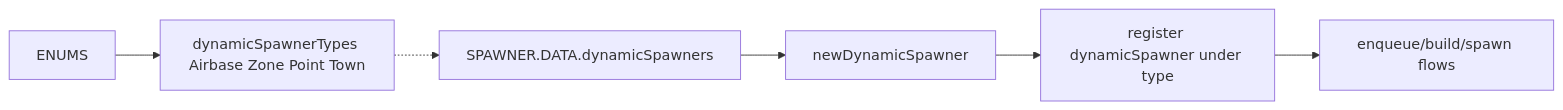
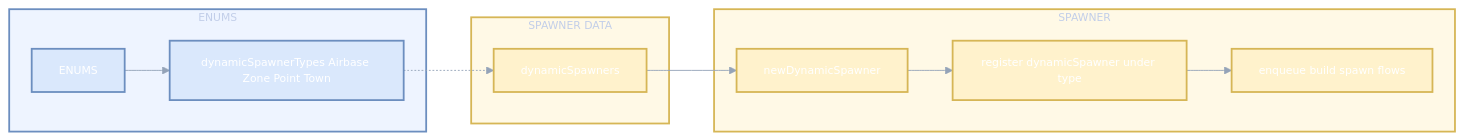
Before and after one commit to Gh0st352/AETHR: the third of 3 diagrams in docs/enums/spawn_types.md, drawn with Mermaid. The commit also changed other lines of this file and 7 other files, not shown here.

First line of the commit message:
docs(enums): add structured mermaid styling and subgraphs

````diff
--- a/docs/enums/spawn_types.md
+++ b/docs/enums/spawn_types.md
@@ -70,8 +116,42 @@
 ```mermaid
+%%{init: {"theme":"base", "themeVariables":{"primaryColor":"#0f172a","primaryTextColor":"#ffffff","lineColor":"#94a3b8","fontSize":"12px"}}}%%
 flowchart LR
-  EN[ENUMS] --> DST[dynamicSpawnerTypes Airbase Zone Point Town]
-  DST -.-> SPDATA[SPAWNER.DATA.dynamicSpawners]
-  SPDATA --> NEW[newDynamicSpawner]
-  NEW --> REG[register dynamicSpawner under type]
-  REG --> RUN[enqueue/build/spawn flows]
+
+%% Classes
+classDef enums fill:#dae8fc,stroke:#6c8ebf,stroke-width:2px;
+classDef sp fill:#fff2cc,stroke:#d6b656,stroke-width:2px;
+
+%% ENUMS
+subgraph sgEnums [ENUMS]
+  EN[ENUMS]
+  DST[dynamicSpawnerTypes Airbase Zone Point Town]
+end
+
+%% SPAWNER DATA
+subgraph sgSPData [SPAWNER DATA]
+  SPDATA[dynamicSpawners]
+end
+
+%% SPAWNER
+subgraph sgSP [SPAWNER]
+  NEW[newDynamicSpawner]
+  REG[register dynamicSpawner under type]
+  RUN[enqueue build spawn flows]
+end
+
+%% Edges
+EN --> DST
+DST -.-> SPDATA
+SPDATA --> NEW
+NEW --> REG
+REG --> RUN
+
+%% Classes
+class EN,DST enums
+class SPDATA,NEW,REG,RUN sp
+
+%% Styles
+style sgEnums fill:#eef4ff,stroke:#6c8ebf,stroke-width:2px
+style sgSPData fill:#fff9e6,stroke:#d6b656,stroke-width:2px
+style sgSP fill:#fff9e6,stroke:#d6b656,stroke-width:2px
 ```
````
